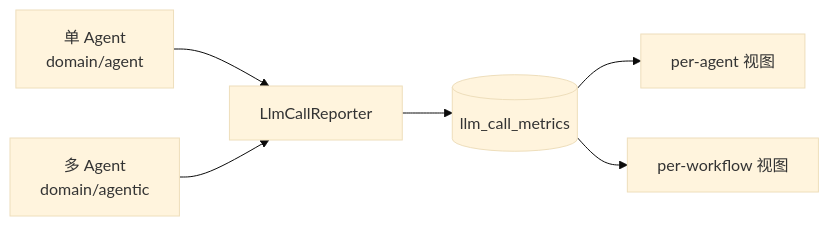
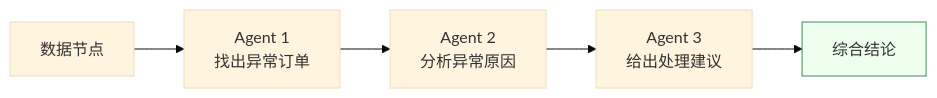
The fourth of 4 diagrams in sql-logic-docs/docs/guide/agent-execution.md (shixia9/MustBeTheSQL), drawn with Mermaid (base theme) before and after one commit. The commit also changed other lines of this file and 18 other files, not shown here.

````diff
--- a/sql-logic-docs/docs/guide/agent-execution.md
+++ b/sql-logic-docs/docs/guide/agent-execution.md
@@ -22,8 +67,8 @@
 ```mermaid
 flowchart LR
-  A1["单 Agent<br/>domain/agent"] --> R["LlmCallReporter"]
-  A2["多 Agent<br/>domain/agentic"] --> R
-  R --> M[("llm_call_metrics")]
-  M --> V1["per-agent 视图"]
-  M --> V2["per-workflow 视图"]
+  Data["数据节点"] --> A1["Agent 1<br/>找出异常订单"]
+  A1 --> A2["Agent 2<br/>分析异常原因"]
+  A2 --> A3["Agent 3<br/>给出处理建议"]
+  A3 --> Result["综合结论"]
+  style Result fill:#efe,stroke:#3b8c5e
 ```
````
